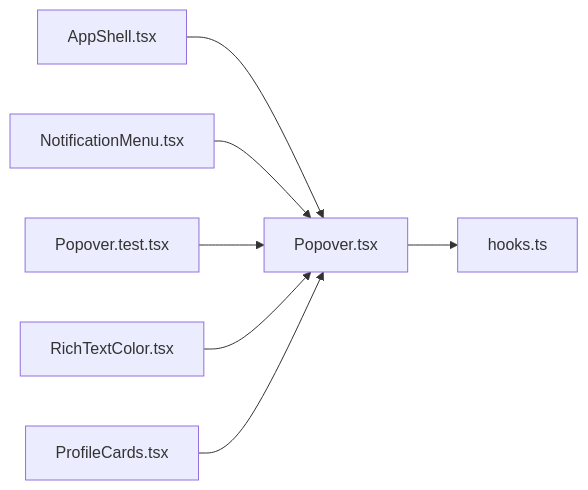
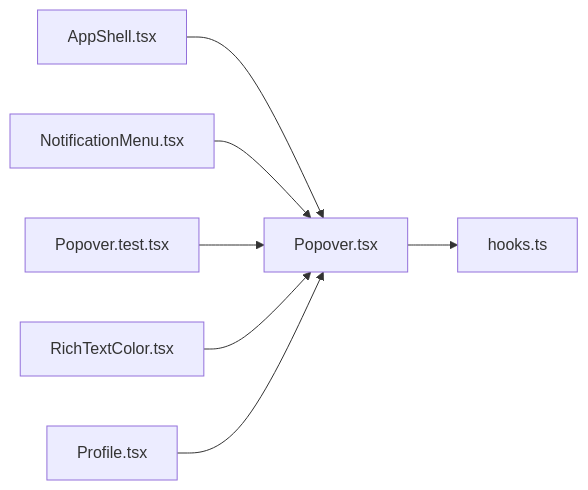
The diagram in .cluedoc/graph/frontend/src/components/Popover.md (minkong-dev/Banblit), drawn with Mermaid before and after one commit. The commit also changed other lines of this file and 78 other files, not shown here.

Commit message:
frontend: merge single-function files into Board, Profile, Search, controls, loading and pipeline

````diff
--- a/.cluedoc/graph/frontend/src/components/Popover.md
+++ b/.cluedoc/graph/frontend/src/components/Popover.md
@@ -10,10 +10,10 @@
 ```mermaid
 flowchart LR
   frontend_src_components_Popover["Popover.tsx"]
   frontend_src_components_Popover --> frontend_src_components_hooks["hooks.ts"]
   frontend_src_components_AppShell["AppShell.tsx"] --> frontend_src_components_Popover
   frontend_src_components_NotificationMenu["NotificationMenu.tsx"] --> frontend_src_components_Popover
   frontend_src_components_Popover_test["Popover.test.tsx"] --> frontend_src_components_Popover
   frontend_src_components_RichTextColor["RichTextColor.tsx"] --> frontend_src_components_Popover
-  frontend_src_routes_ProfileCards["ProfileCards.tsx"] --> frontend_src_components_Popover
+  frontend_src_routes_Profile["Profile.tsx"] --> frontend_src_components_Popover
 ```
````
